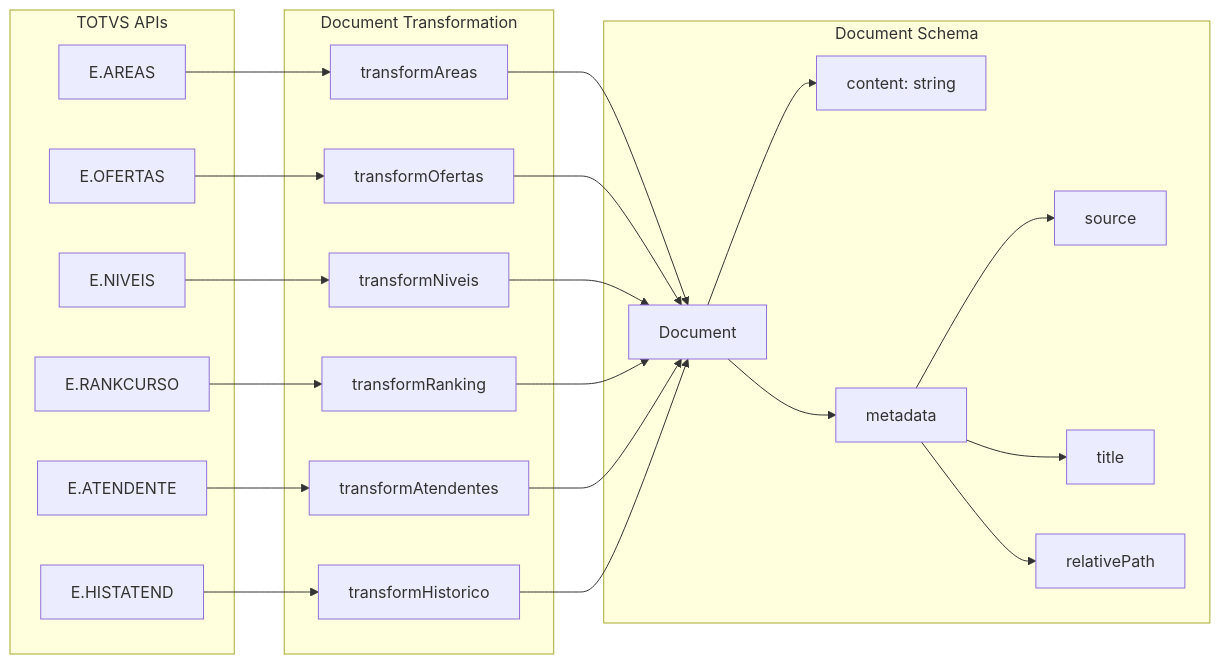
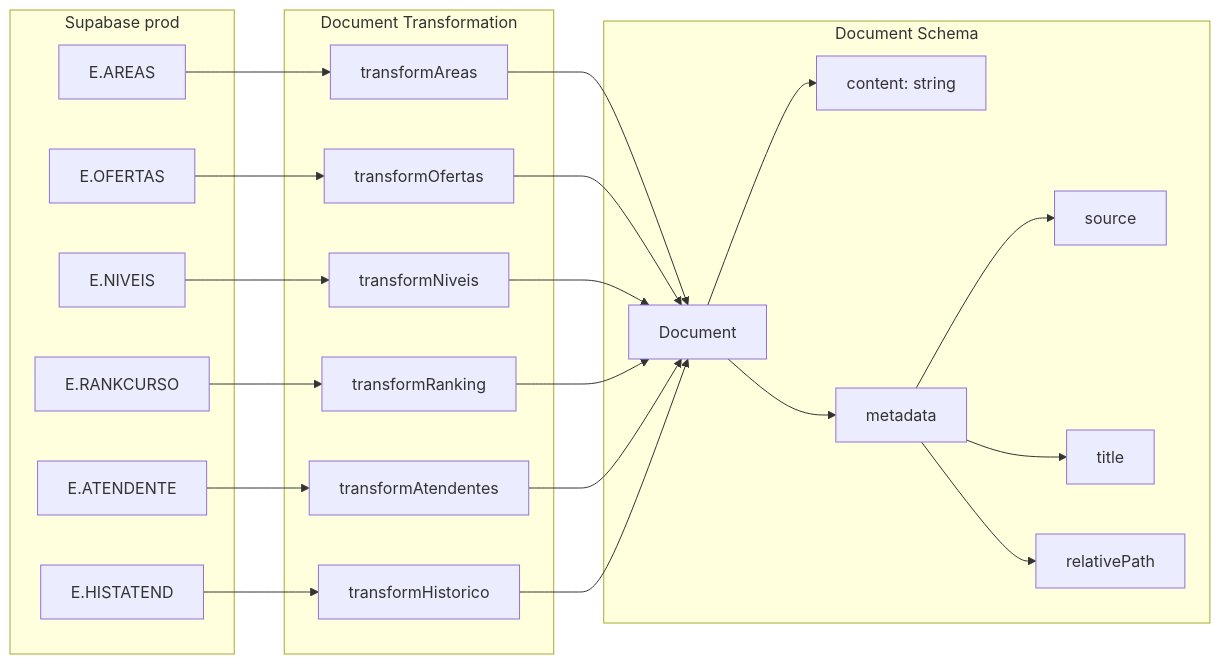
One commit to chronokairo/KAIDE changed the fourth of 9 diagrams in docs/rag/rag-flowchart.md. Above: the diagram before and after it, drawn with Mermaid. The commit also changed other lines of this file and 79 other files, not shown here.

First line of the commit message:
feat(kaide): remove integracao TOTVS, religa ao Supabase prod e sai do platform

````diff
--- a/docs/rag/rag-flowchart.md
+++ b/docs/rag/rag-flowchart.md
@@ -232,36 +220,36 @@
 ```mermaid
 flowchart LR
-    subgraph "TOTVS APIs"
+    subgraph "Supabase prod"
         API1[E.AREAS]
         API2[E.OFERTAS]
         API3[E.NIVEIS]
         API4[E.RANKCURSO]
         API5[E.ATENDENTE]
         API6[E.HISTATEND]
     end
 
     subgraph "Document Transformation"
         T1[transformAreas]
         T2[transformOfertas]
         T3[transformNiveis]
         T4[transformRanking]
         T5[transformAtendentes]
         T6[transformHistorico]
     end
 
     subgraph "Document Schema"
         DOC[Document]
         DOC --> CONTENT[content: string]
         DOC --> META[metadata]
         META --> SOURCE[source]
         META --> TITLE[title]
         META --> PATH[relativePath]
     end
 
     API1 --> T1 --> DOC
     API2 --> T2 --> DOC
     API3 --> T3 --> DOC
     API4 --> T4 --> DOC
     API5 --> T5 --> DOC
     API6 --> T6 --> DOC
 ```
````
